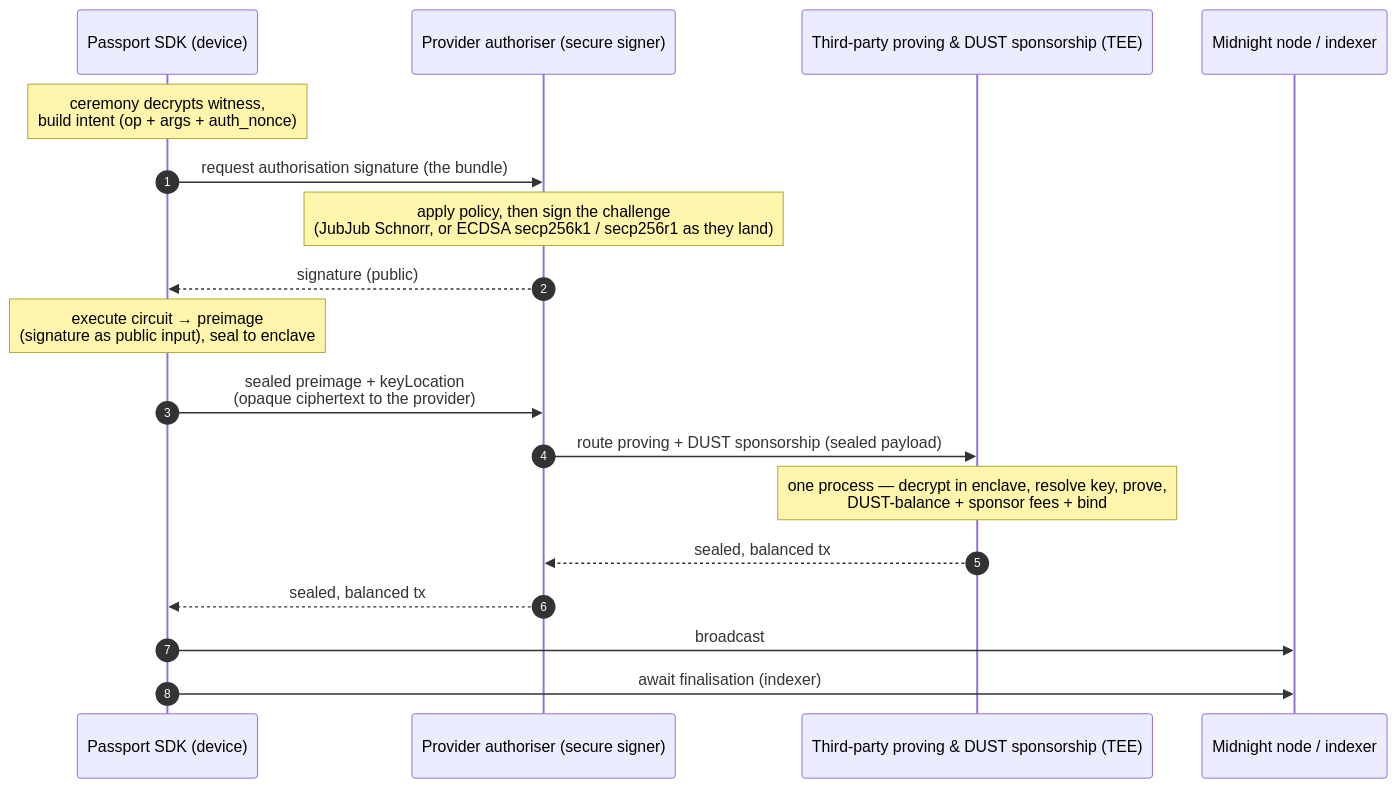
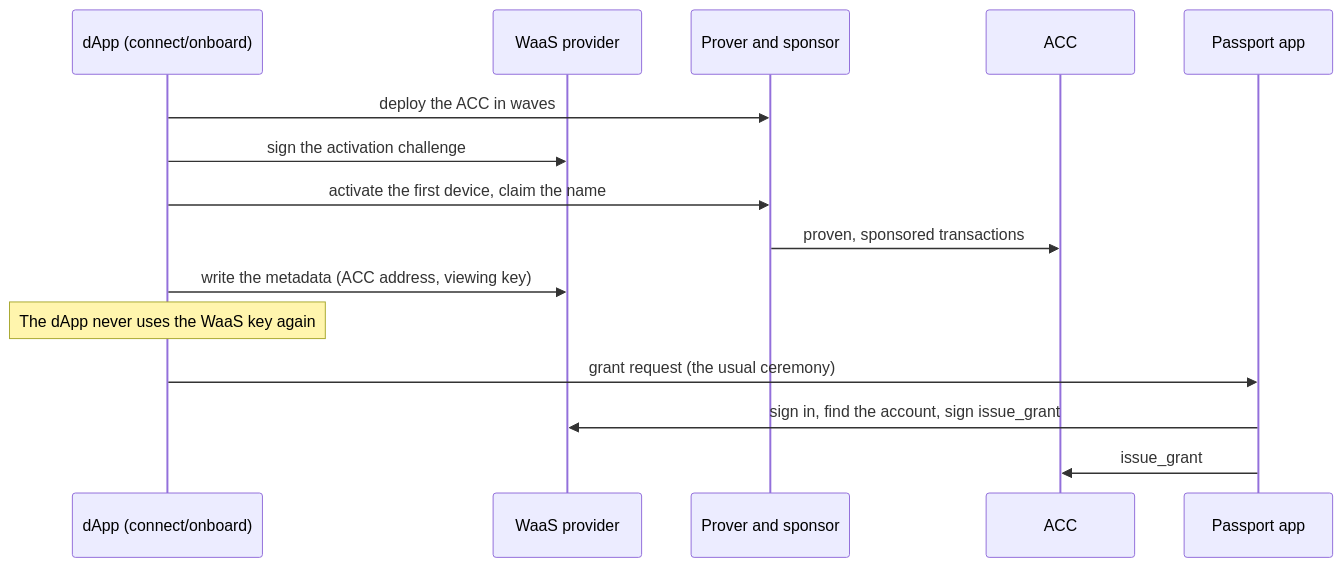
The second of 2 diagrams in docs/provider-integration.md (midnightntwrk/midnight-passport-sdk), drawn with Mermaid before and after one commit. The commit also changed other lines of this file, not shown here.

Commit message:
docs: align provider-integration.md with the SDK realignment

````diff
--- a/docs/provider-integration.md
+++ b/docs/provider-integration.md
@@ -135,21 +109,17 @@
 ```mermaid
 sequenceDiagram
-  autonumber
-  participant SDK as Passport SDK (device)
-  participant PRV as Provider authoriser (secure signer)
-  participant SVC as Third-party proving & DUST sponsorship (TEE)
-  participant NET as Midnight node / indexer
-
-  Note over SDK: ceremony decrypts witness,<br/>build intent (op + args + auth_nonce)
-  SDK->>PRV: request authorisation signature (the bundle)
-  Note over PRV: apply policy, then sign the challenge<br/>(JubJub Schnorr, or ECDSA secp256k1 / secp256r1 as they land)
-  PRV-->>SDK: signature (public)
-  Note over SDK: execute circuit → preimage<br/>(signature as public input), seal to enclave
-  SDK->>PRV: sealed preimage + keyLocation<br/>(opaque ciphertext to the provider)
-  PRV->>SVC: route proving + DUST sponsorship (sealed payload)
-  Note over SVC: one process — decrypt in enclave, resolve key, prove,<br/>DUST-balance + sponsor fees + bind
-  SVC-->>PRV: sealed, balanced tx
-  PRV-->>SDK: sealed, balanced tx
-  SDK->>NET: broadcast
-  SDK->>NET: await finalisation (indexer)
+  participant D as dApp (connect/onboard)
+  participant W as WaaS provider
+  participant S as Prover and sponsor
+  participant A as ACC
+  participant P as Passport app
+  D->>S: deploy the ACC in waves
+  D->>W: sign the activation challenge
+  D->>S: activate the first device, claim the name
+  S->>A: proven, sponsored transactions
+  D->>W: write the metadata (ACC address, viewing key)
+  Note over D: The dApp never uses the WaaS key again
+  D->>P: grant request (the usual ceremony)
+  P->>W: sign in, find the account, sign issue_grant
+  P->>A: issue_grant
 ```
````
